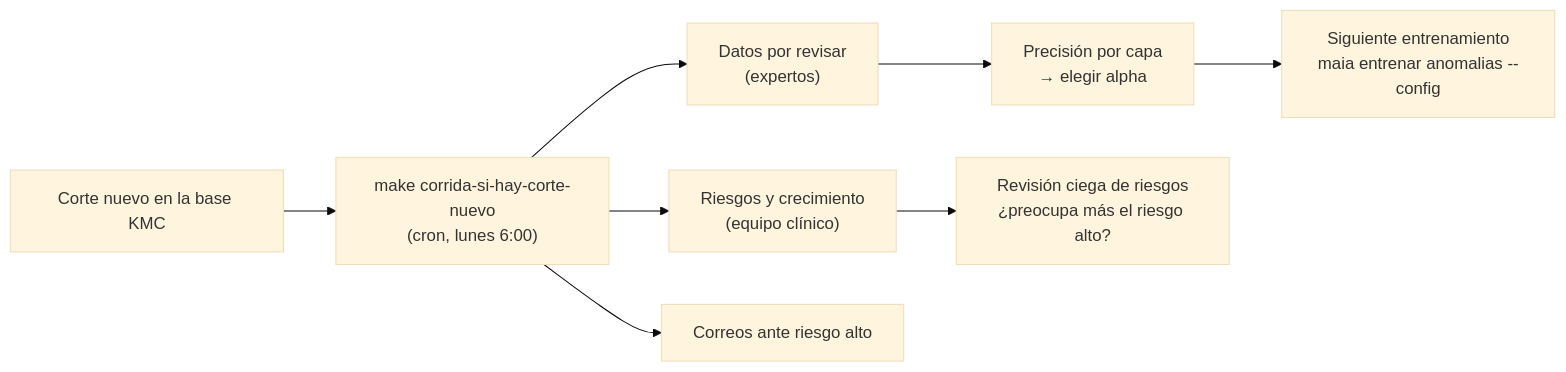
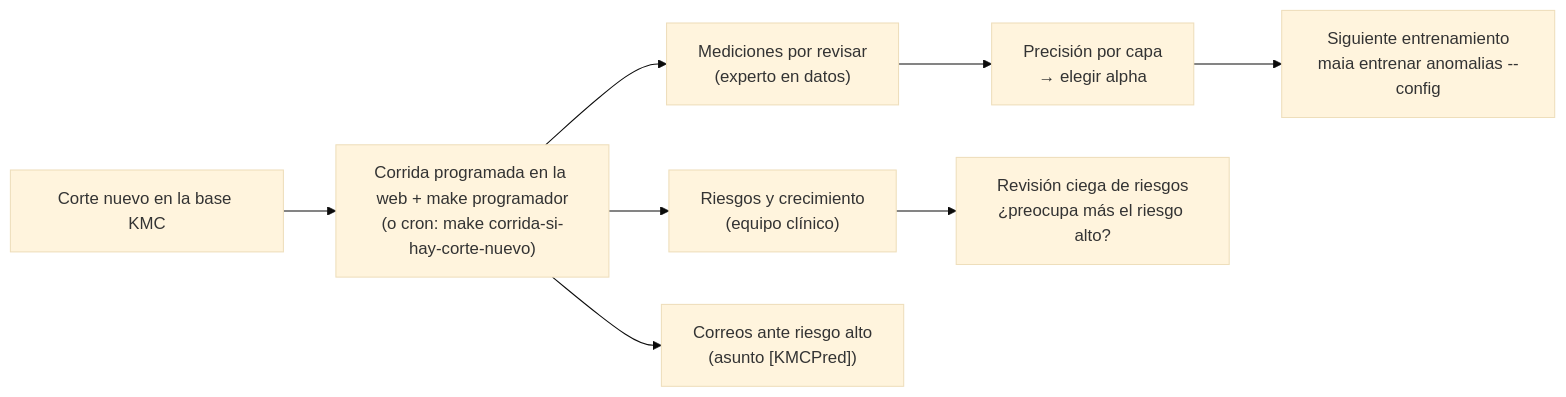
One commit to breinergonza/proyecto-maia changed the second of 2 diagrams in proyecto-codigo/README.md. Above: the diagram before and after it, drawn with Mermaid (base theme). The commit also changed other lines of this file and 38 other files, not shown here.

````diff
--- a/proyecto-codigo/README.md
+++ b/proyecto-codigo/README.md
@@ -358,10 +372,10 @@
 ```mermaid
 flowchart LR
-    A["Corte nuevo en la base KMC"] --> B["make corrida-si-hay-corte-nuevo<br/>(cron, lunes 6:00)"]
-    B --> C["Datos por revisar<br/>(expertos)"]
+    A["Corte nuevo en la base KMC"] --> B["Corrida programada en la web + make programador<br/>(o cron: make corrida-si-hay-corte-nuevo)"]
+    B --> C["Mediciones por revisar<br/>(experto en datos)"]
     B --> D["Riesgos y crecimiento<br/>(equipo clínico)"]
-    B --> E["Correos ante riesgo alto"]
+    B --> E["Correos ante riesgo alto<br/>(asunto [KMCPred])"]
     C --> F["Precisión por capa<br/>→ elegir alpha"]
     F --> G["Siguiente entrenamiento<br/>maia entrenar anomalias --config"]
     D --> H["Revisión ciega de riesgos<br/>¿preocupa más el riesgo alto?"]
 ```
````
